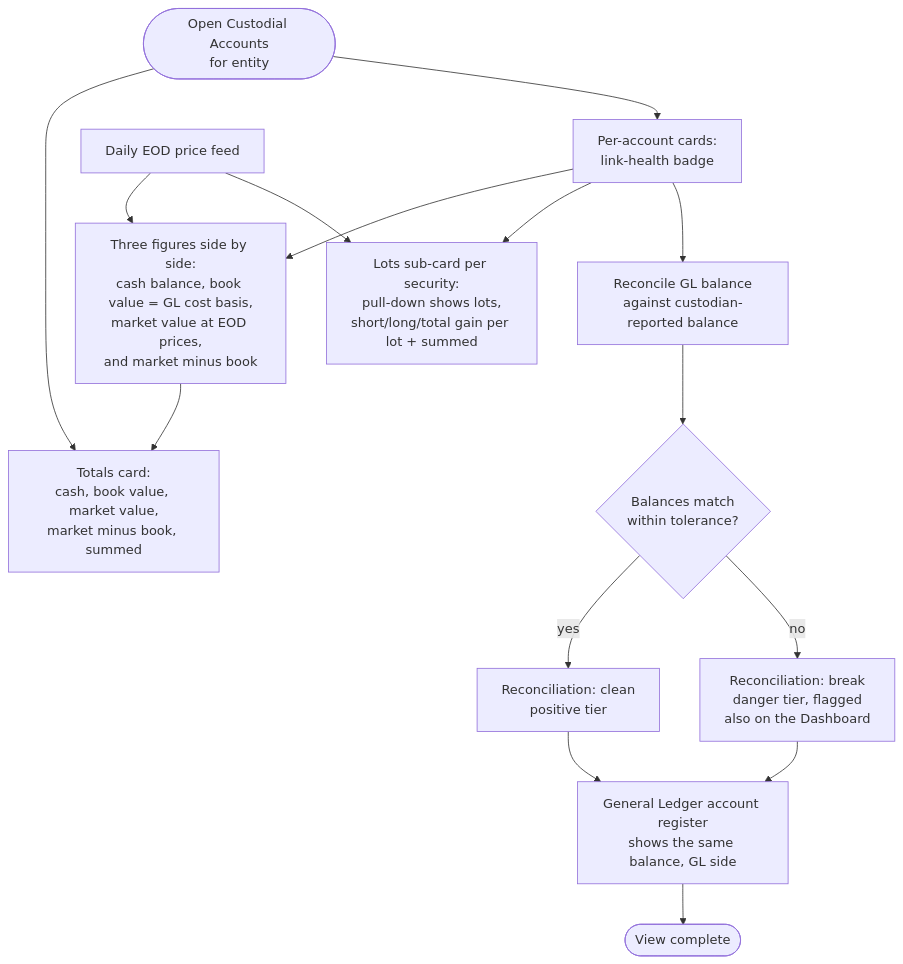
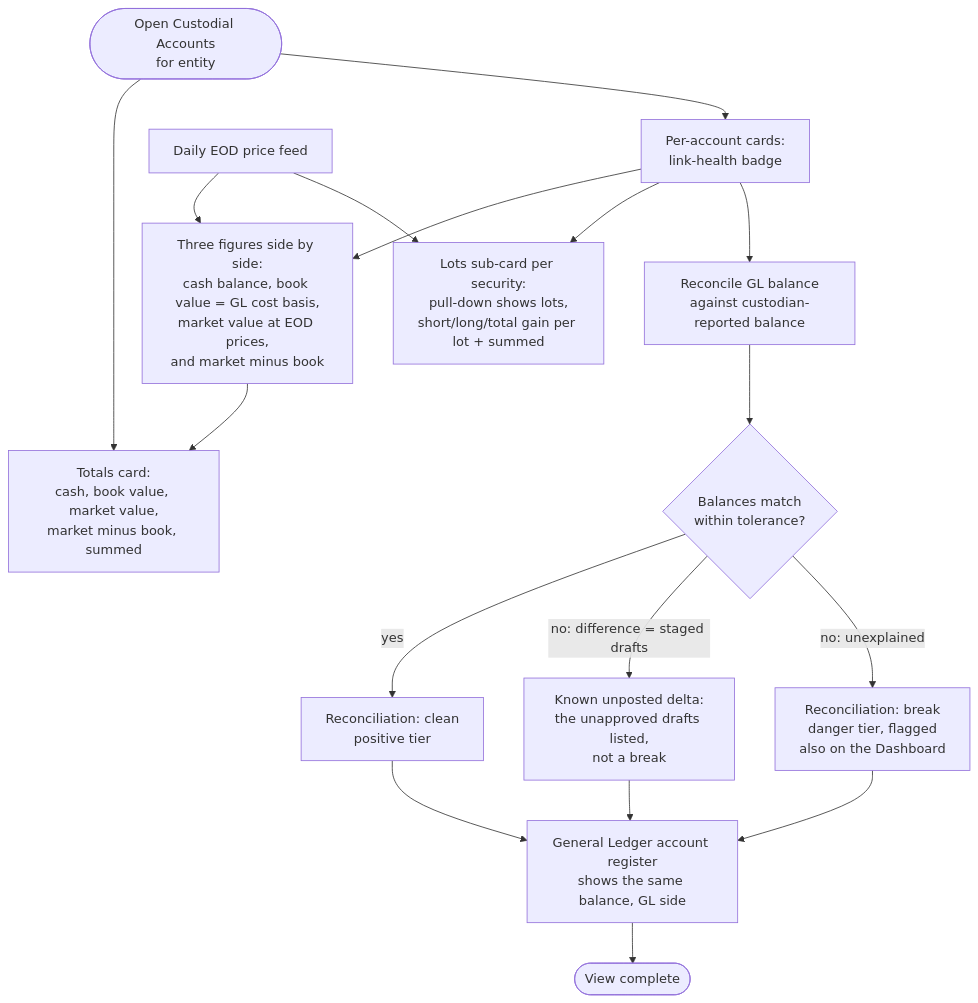
The diagram in docs/DESIGN/flows/securities-lots-flow.md (richmosko/polycarpic), drawn with Mermaid before and after one commit. The commit also changed other lines of this file and 3 other files, not shown here.

First line of the commit message:
design(flows-refine): approve-to-CIT action; unposted delta in reconciliation

````diff
--- a/docs/DESIGN/flows/securities-lots-flow.md
+++ b/docs/DESIGN/flows/securities-lots-flow.md
@@ -5,17 +5,19 @@
 ```mermaid
 flowchart TD
   view([Open Custodial Accounts\nfor entity]) --> totals[Totals card:\ncash, book value, market value,\nmarket minus book, summed]
   view --> accounts[Per-account cards:\nlink-health badge]
   accounts --> figs[Three figures side by side:\ncash balance, book value = GL cost basis,\nmarket value at EOD prices,\nand market minus book]
   priceFeed[Daily EOD price feed] --> figs
   figs --> totals
   accounts --> lotsCard[Lots sub-card per security:\npull-down shows lots,\nshort/long/total gain per lot + summed]
   priceFeed --> lotsCard
   accounts --> reconcile[Reconcile GL balance\nagainst custodian-reported balance]
   reconcile --> match{Balances match\nwithin tolerance?}
   match -- yes --> clean[Reconciliation: clean\npositive tier]
-  match -- no --> brk[Reconciliation: break\ndanger tier, flagged\nalso on the Dashboard]
+  match -- "no: difference = staged drafts" --> unposted[Known unposted delta:\nthe unapproved drafts listed,\nnot a break]
+  unposted --> glLink
+  match -- "no: unexplained" --> brk[Reconciliation: break\ndanger tier, flagged\nalso on the Dashboard]
   clean --> glLink[General Ledger account register\nshows the same balance, GL side]
   brk --> glLink
   glLink --> done([View complete])
 ```
````
